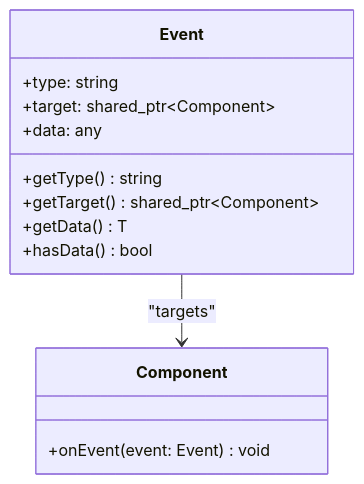
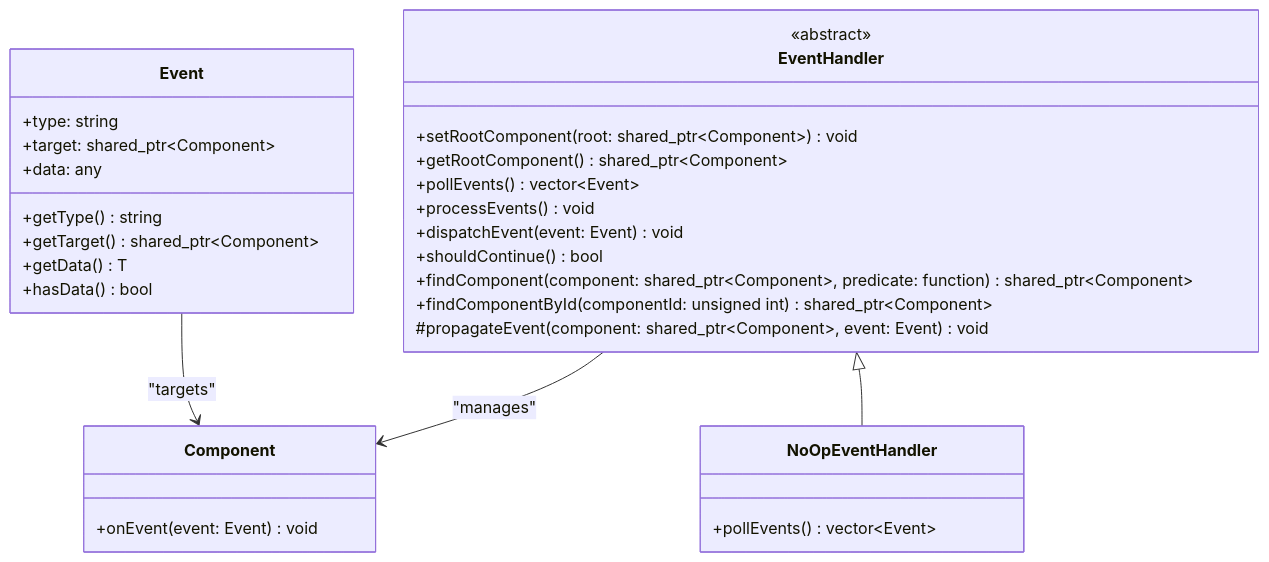
The second of 6 diagrams in docs/ARCHITECTURE.md (etib-corp/guillaume), drawn with Mermaid before and after one commit. The commit also changed other lines of this file and 26 other files, not shown here.

````diff
--- a/docs/ARCHITECTURE.md
+++ b/docs/ARCHITECTURE.md
@@ -51,18 +51,37 @@
 ```mermaid
 classDiagram
   class Event {
     +type: string
     +target: shared_ptr~Component~
     +data: any
     +getType() string
     +getTarget() shared_ptr~Component~
     +getData() T
     +hasData() bool
   }
 
   class Component {
     +onEvent(event: Event) void
   }
 
+  class EventHandler {
+    <<abstract>>
+    +setRootComponent(root: shared_ptr~Component~) void
+    +getRootComponent() shared_ptr~Component~
+    +pollEvents() vector~Event~
+    +processEvents() void
+    +dispatchEvent(event: Event) void
+    +shouldContinue() bool
+    +findComponent(component: shared_ptr~Component~, predicate: function) shared_ptr~Component~
+    +findComponentById(componentId: unsigned int) shared_ptr~Component~
+    #propagateEvent(component: shared_ptr~Component~, event: Event) void
+  }
+
+  class NoOpEventHandler {
+    +pollEvents() vector~Event~
+  }
+
   Event --> Component : "targets"
+  EventHandler --> Component : "manages"
+  EventHandler <|-- NoOpEventHandler
 ```
````
